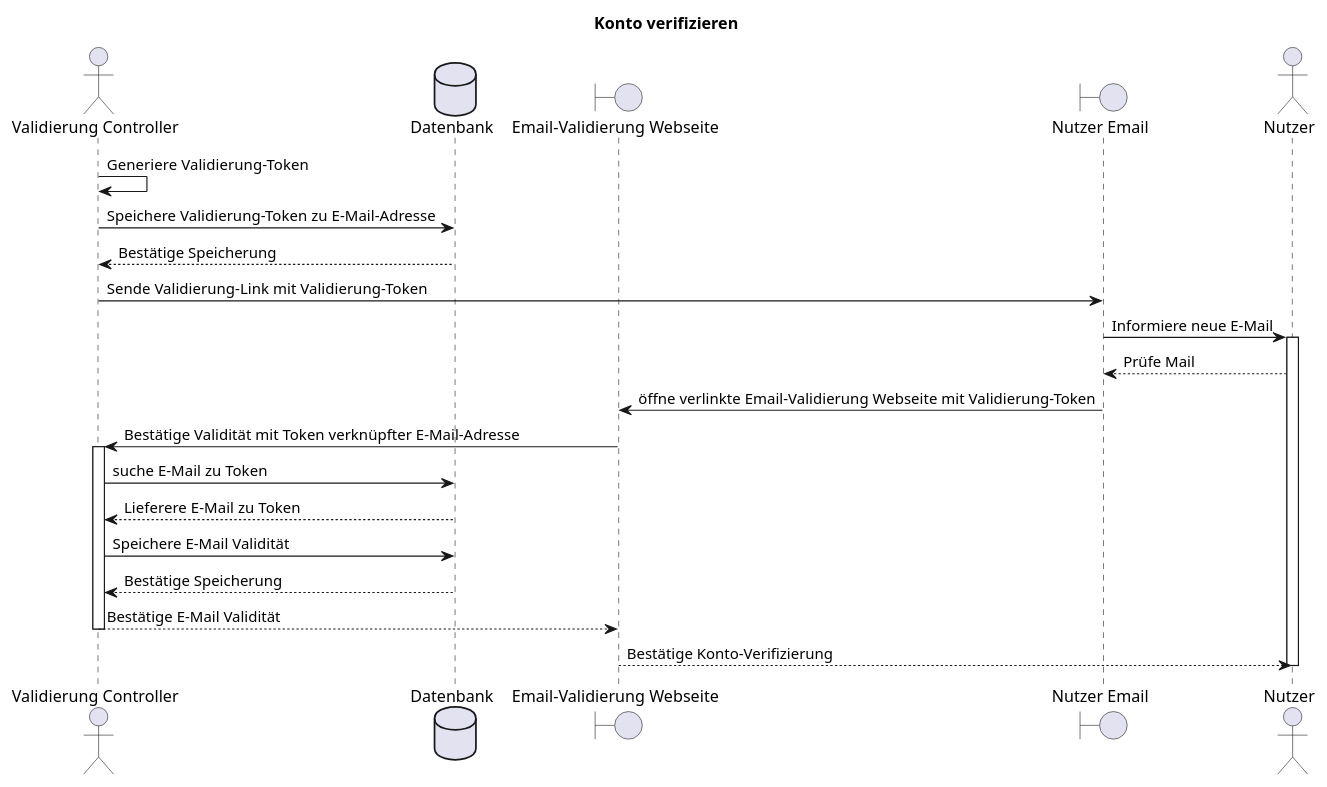
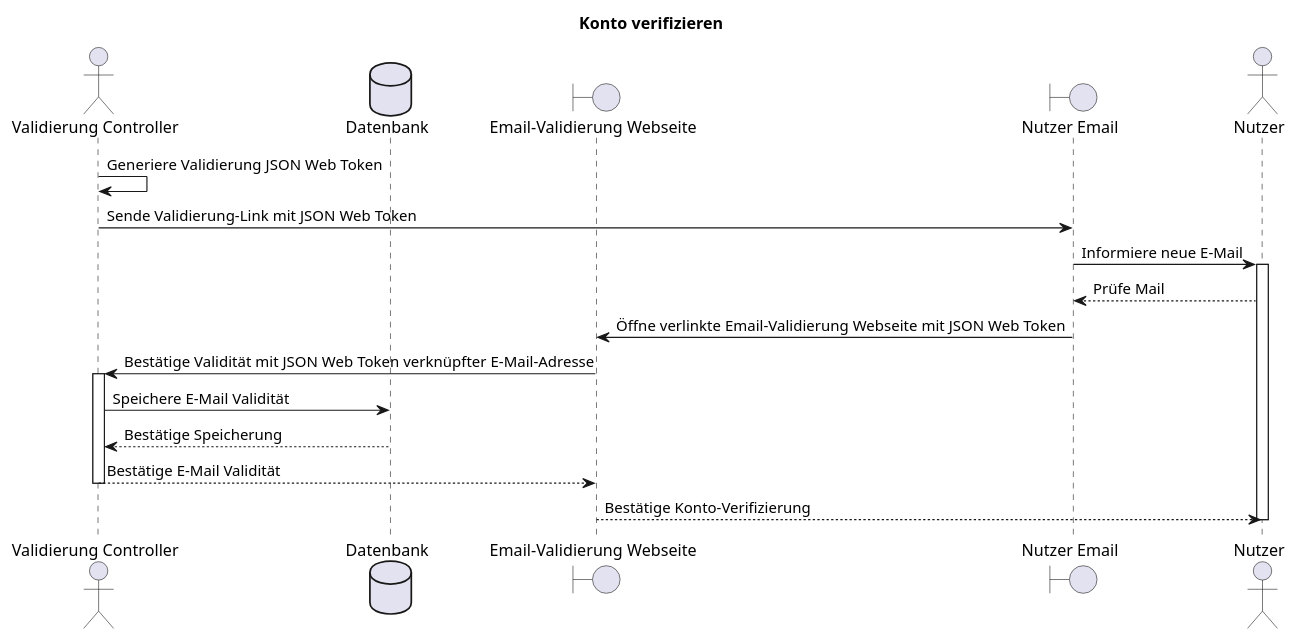
The diagram in doc/F014_kontoVerifizieren.plantuml (party-time-2/party-time), drawn with PlantUML before and after one commit. The commit also changed 1 other file, not shown here.

Commit message:
JSON Web Token

```diff
--- a/doc/F014_kontoVerifizieren.plantuml
+++ b/doc/F014_kontoVerifizieren.plantuml
@@ -1,33 +1,29 @@
 @startuml F014_kontoVerifizieren
 title "Konto verifizieren"
 
 actor "Validierung Controller" as controller
 database "Datenbank" as db
 boundary "Email-Validierung Webseite" as signupConfirm
 boundary "Nutzer Email" as userMail
 actor "Nutzer" as user
 
 
 'E-Mail Validierung
-controller -> controller: Generiere Validierung-Token
-controller -> db: Speichere Validierung-Token zu E-Mail-Adresse
-controller <-- db: Bestätige Speicherung
-userMail <- controller: Sende Validierung-Link mit Validierung-Token
+controller -> controller: Generiere Validierung JSON Web Token
+userMail <- controller: Sende Validierung-Link mit JSON Web Token
 deactivate controller
 
 userMail -> user: Informiere neue E-Mail
 activate user
 userMail <-- user: Prüfe Mail
-userMail -> signupConfirm: öffne verlinkte Email-Validierung Webseite mit Validierung-Token
-signupConfirm -> controller: Bestätige Validität mit Token verknüpfter E-Mail-Adresse
+userMail -> signupConfirm: Öffne verlinkte Email-Validierung Webseite mit JSON Web Token
+signupConfirm -> controller: Bestätige Validität mit JSON Web Token verknüpfter E-Mail-Adresse
 activate controller
-controller -> db: suche E-Mail zu Token
-controller <-- db: Lieferere E-Mail zu Token
 controller -> db: Speichere E-Mail Validität
 controller <-- db: Bestätige Speicherung
 signupConfirm <-- controller: Bestätige E-Mail Validität
 deactivate controller
 
 user <-- signupConfirm: Bestätige Konto-Verifizierung
 deactivate user
 @enduml
```
